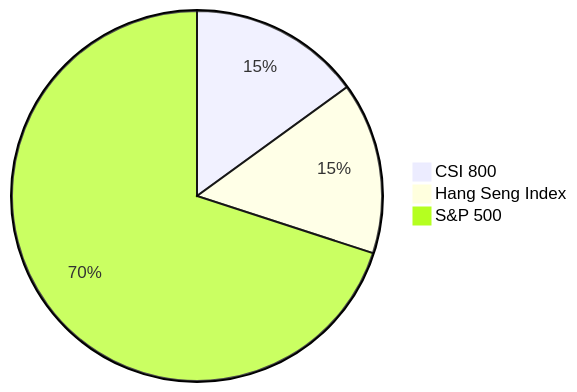
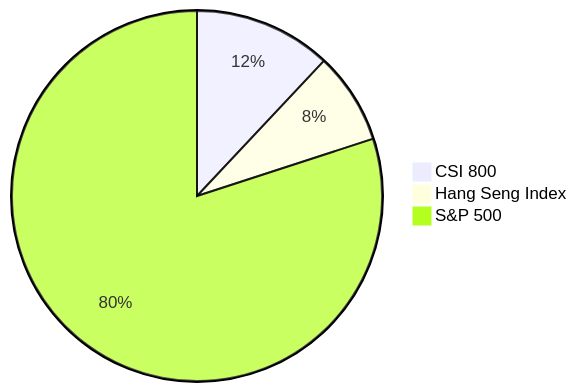
One commit to low-earth-orbit/notes changed the fifth of 5 diagrams in chinese-couch-potato.md. Above: the diagram before and after it, drawn with Mermaid. The commit also changed other lines of this file, not shown here.

````diff
--- a/chinese-couch-potato.md
+++ b/chinese-couch-potato.md
@@ -165,6 +165,6 @@
 ```mermaid
 pie
-"CSI 800" : 15
-"Hang Seng Index" : 15
-"S&P 500" : 70
+"CSI 800" : 12
+"Hang Seng Index" : 8
+"S&P 500" : 80
 ```
````
